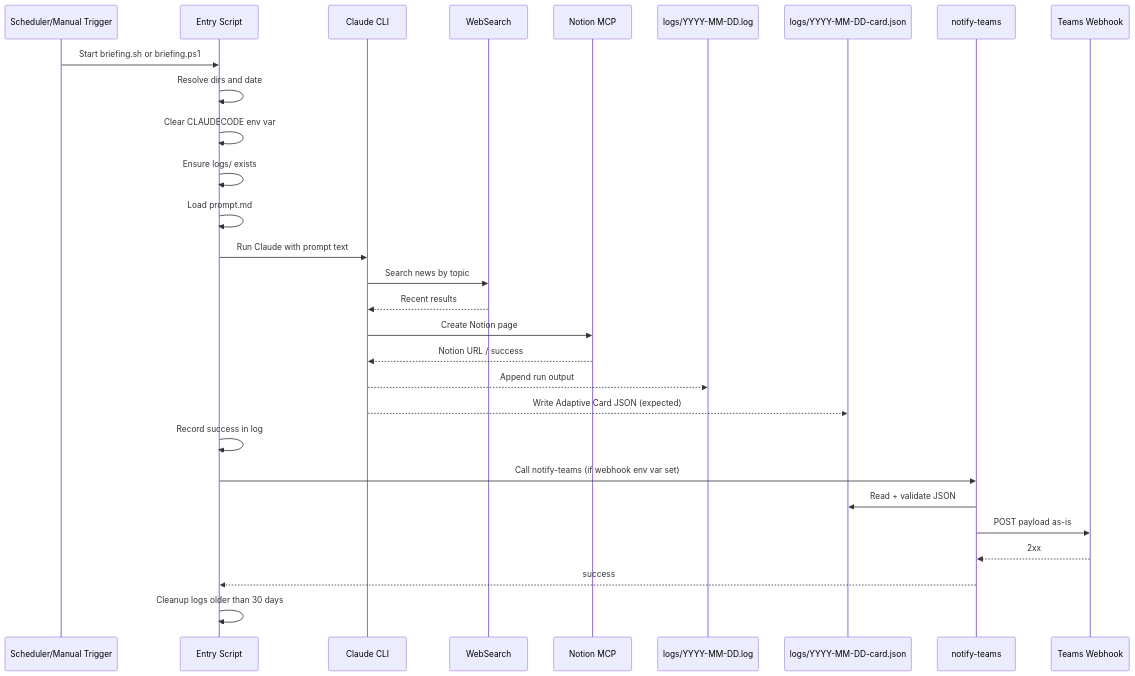
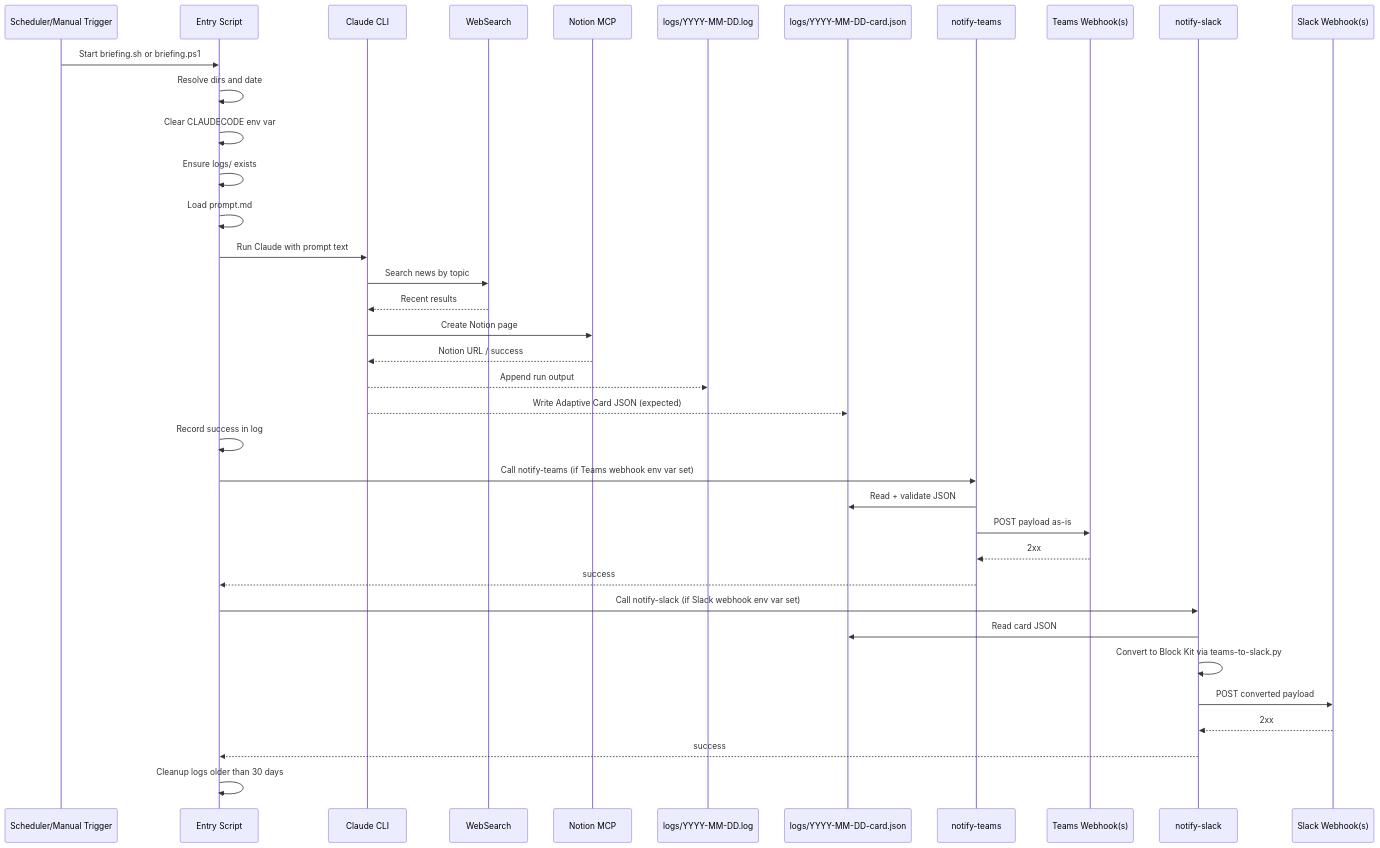
Before and after one commit to hoangsonww/ai-news-briefing: the second of 4 diagrams in E2E_FLOW.md, drawn with Mermaid. The commit also changed other lines of this file and 3 other files, not shown here.

Commit message:
feat: enhance documentation for Slack and Teams notification pipelines

````diff
--- a/E2E_FLOW.md
+++ b/E2E_FLOW.md
@@ -67,36 +76,45 @@
 ```mermaid
 sequenceDiagram
     participant S as Scheduler/Manual Trigger
     participant E as Entry Script
     participant C as Claude CLI
     participant W as WebSearch
     participant N as Notion MCP
     participant L as logs/YYYY-MM-DD.log
     participant CF as logs/YYYY-MM-DD-card.json
     participant T as notify-teams
-    participant TW as Teams Webhook
+    participant TW as Teams Webhook(s)
+    participant S2 as notify-slack
+    participant SW as Slack Webhook(s)
 
     S->>E: Start briefing.sh or briefing.ps1
     E->>E: Resolve dirs and date
     E->>E: Clear CLAUDECODE env var
     E->>E: Ensure logs/ exists
     E->>E: Load prompt.md
 
     E->>C: Run Claude with prompt text
     C->>W: Search news by topic
     W-->>C: Recent results
     C->>N: Create Notion page
     N-->>C: Notion URL / success
 
     C-->>L: Append run output
     C-->>CF: Write Adaptive Card JSON (expected)
     E->>E: Record success in log
 
-    E->>T: Call notify-teams (if webhook env var set)
+    E->>T: Call notify-teams (if Teams webhook env var set)
     T->>CF: Read + validate JSON
     T->>TW: POST payload as-is
     TW-->>T: 2xx
     T-->>E: success
 
+    E->>S2: Call notify-slack (if Slack webhook env var set)
+    S2->>CF: Read card JSON
+    S2->>S2: Convert to Block Kit via teams-to-slack.py
+    S2->>SW: POST converted payload
+    SW-->>S2: 2xx
+    S2-->>E: success
+
     E->>E: Cleanup logs older than 30 days
 ```
````
